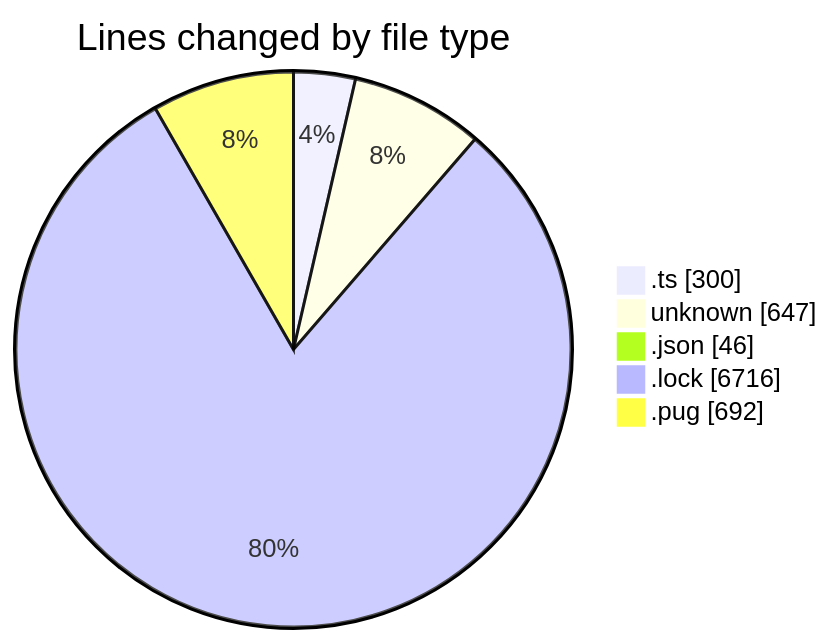
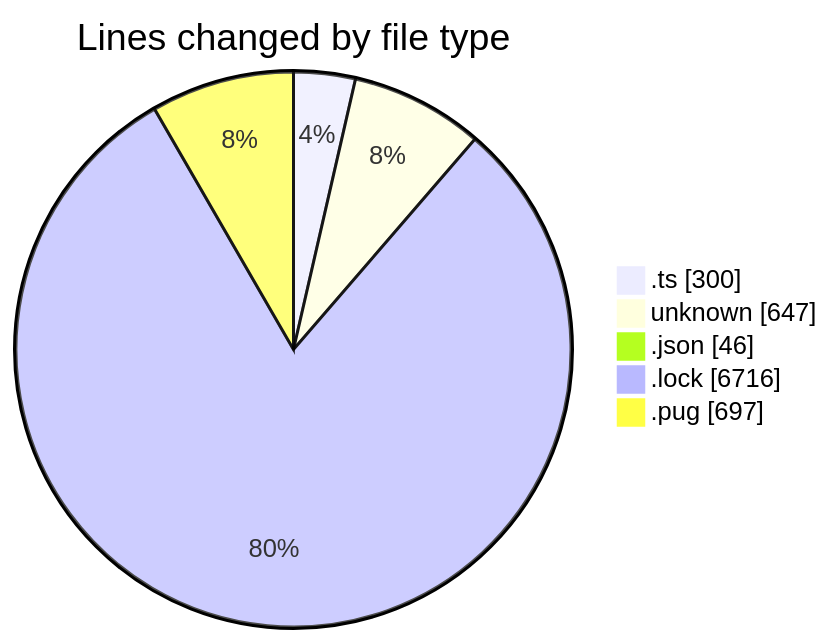
Before and after one commit to momahboobian/code-tracking: the first of 2 diagrams in 2026-05-22/cda/README.md, drawn with Mermaid. The commit also changed other lines of this file and 1 other file, not shown here.

````diff
--- a/2026-05-22/cda/README.md
+++ b/2026-05-22/cda/README.md
@@ -28,9 +28,9 @@
 ```mermaid
 pie showData
 title Lines changed by file type
 ".ts" : 300
 "unknown" : 647
 ".json" : 46
 ".lock" : 6716
-".pug" : 692
+".pug" : 697
 ```
````
